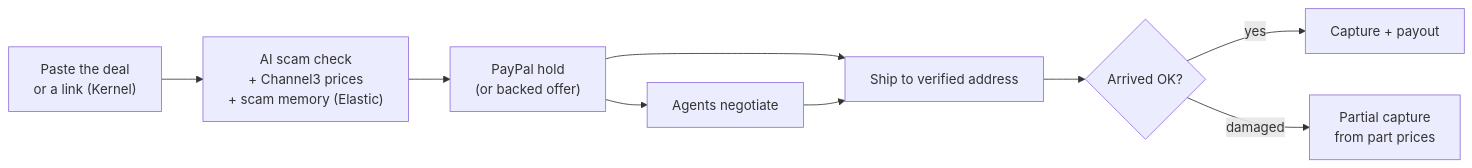
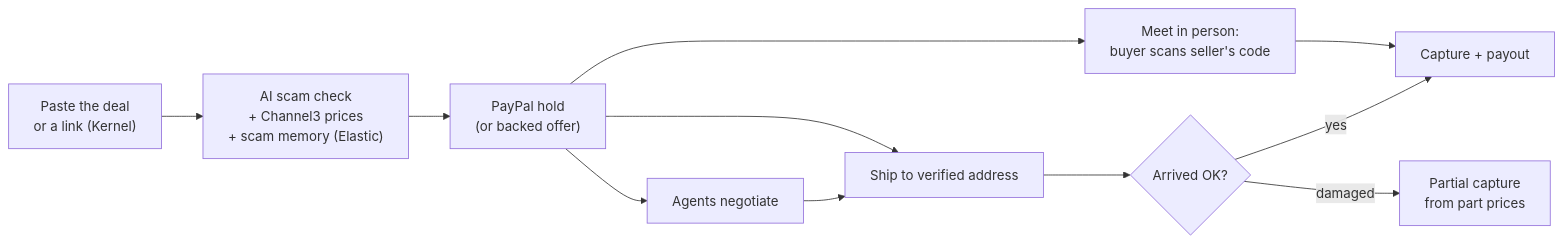
Before and after one commit to Yashasm18/Handshake: the diagram in README.md, drawn with Mermaid. The commit also changed other lines of this file and 24 other files, not shown here.

First line of the commit message:
Meet in person: the buyer scans the seller's code, PayPal pays on the spot

````diff
--- a/README.md
+++ b/README.md
@@ -88,11 +89,13 @@
 ```mermaid
 flowchart LR
     A["Paste the deal<br/>or a link (Kernel)"] --> B["AI scam check<br/>+ Channel3 prices<br/>+ scam memory (Elastic)"]
     B --> C["PayPal hold<br/>(or backed offer)"]
     C --> D["Agents negotiate"]
     C --> E["Ship to verified address"]
     D --> E
+    C --> M["Meet in person:<br/>buyer scans seller's code"]
+    M --> G
     E --> F{"Arrived OK?"}
     F -->|yes| G["Capture + payout"]
     F -->|damaged| H["Partial capture<br/>from part prices"]
 ```
````
